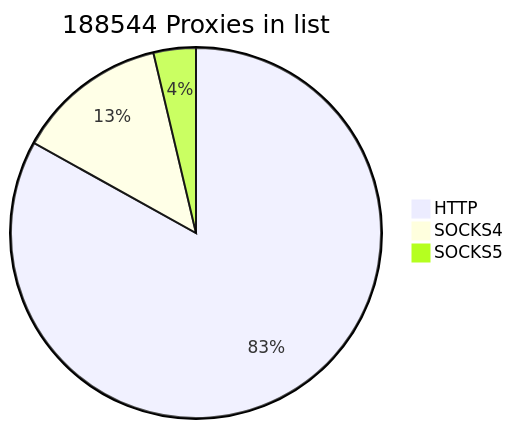
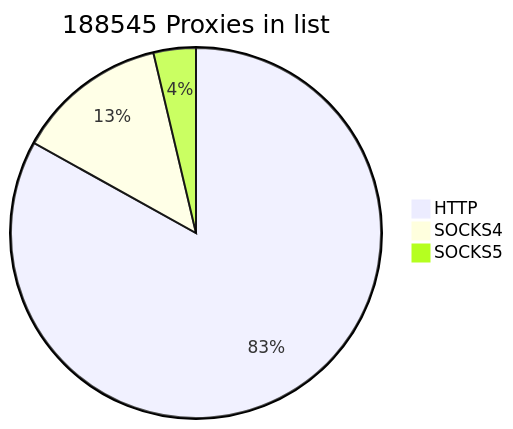
The first of 2 diagrams in README.md (cutipu/proxylist), drawn with Mermaid before and after one commit. The commit also changed other lines of this file, not shown here.

````diff
--- a/README.md
+++ b/README.md
@@ -2,7 +2,7 @@
 ```mermaid
-pie title 188544 Proxies in list
+pie title 188545 Proxies in list
     "HTTP" : 156625
-    "SOCKS4" : 24950
+    "SOCKS4" : 24951
     "SOCKS5" : 6969
             
 ```
````
